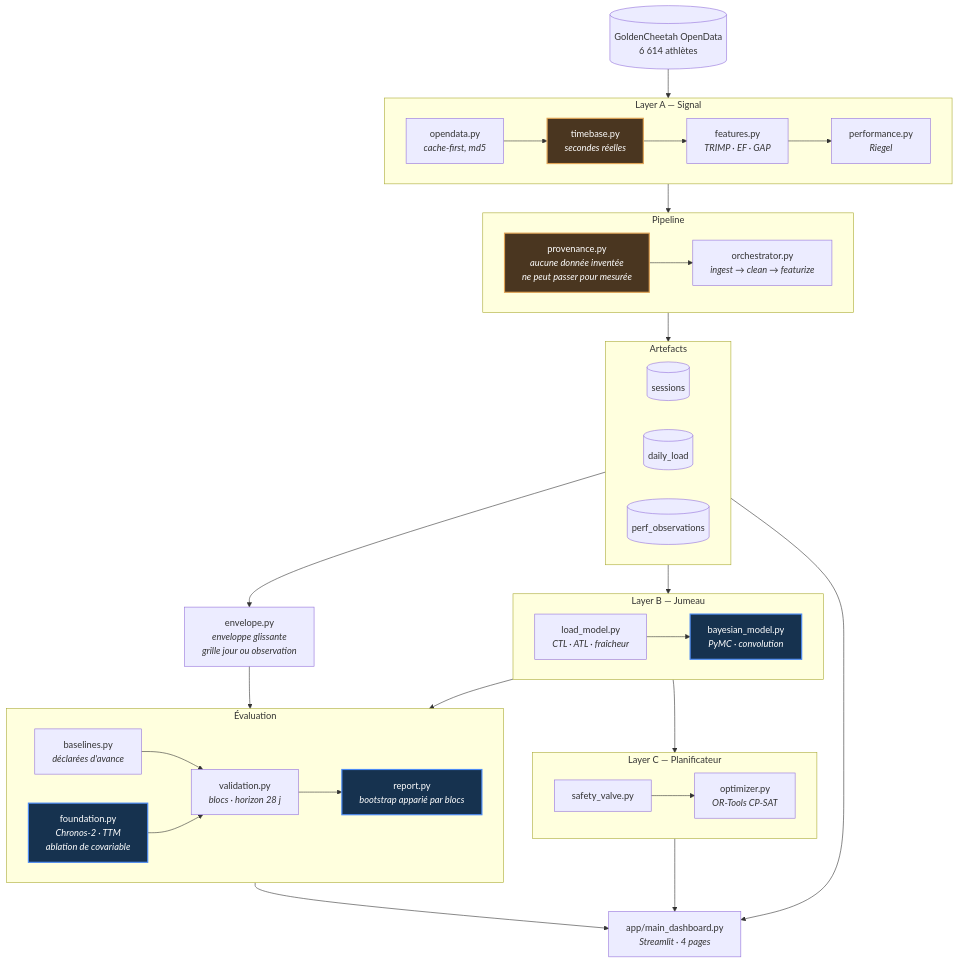
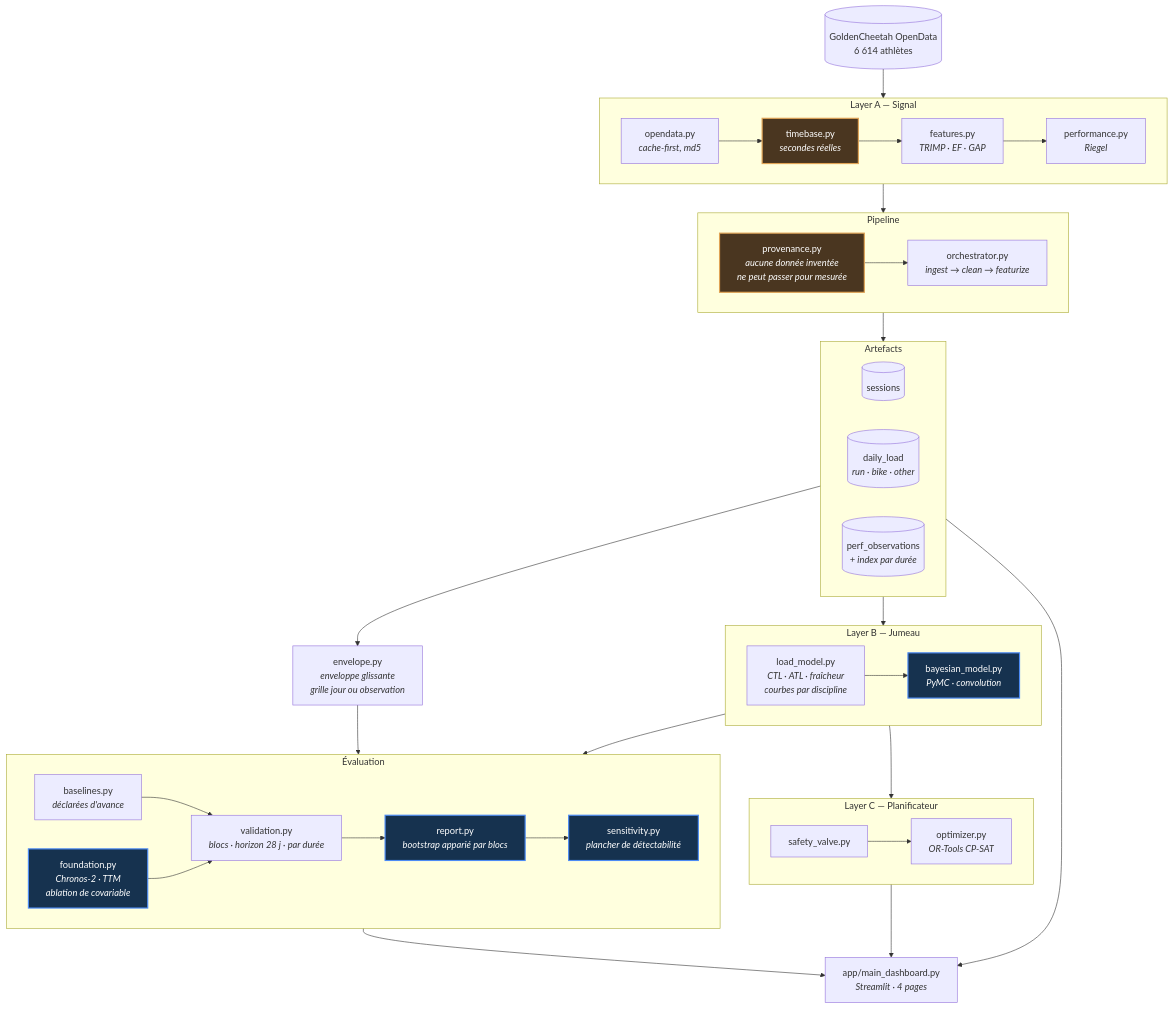
One commit to louisrodembourg/Adaptive-digital-twin-endurance changed the diagram in README.md. Above: the diagram before and after it, drawn with Mermaid. The commit also changed other lines of this file and 1 other file, not shown here.

First line of the commit message:
Publier l'appariement par discipline et les planchers

````diff
--- a/README.md
+++ b/README.md
@@ -283,69 +468,71 @@
 ```mermaid
 flowchart TB
     OSF[("GoldenCheetah OpenData<br/>6 614 athlètes")]
 
     subgraph A["Layer A — Signal"]
         direction LR
         ING["opendata.py<br/><i>cache-first, md5</i>"]
         TB["timebase.py<br/><i>secondes réelles</i>"]
         FEAT["features.py<br/><i>TRIMP · EF · GAP</i>"]
         PERF["performance.py<br/><i>Riegel</i>"]
         ING --> TB --> FEAT --> PERF
     end
 
     subgraph P["Pipeline"]
         direction LR
         PROV["provenance.py<br/><i>aucune donnée inventée<br/>ne peut passer pour mesurée</i>"]
         ORCH["orchestrator.py<br/><i>ingest → clean → featurize</i>"]
         PROV --> ORCH
     end
 
     subgraph STORE["Artefacts"]
         direction LR
         S1[("sessions")]
-        S2[("daily_load")]
-        S3[("perf_observations")]
+        S2[("daily_load<br/><i>run · bike · other</i>")]
+        S3[("perf_observations<br/><i>+ index par durée</i>")]
     end
 
     ENV["envelope.py<br/><i>enveloppe glissante<br/>grille jour ou observation</i>"]
 
     subgraph B["Layer B — Jumeau"]
         direction LR
-        LOAD["load_model.py<br/><i>CTL · ATL · fraîcheur</i>"]
+        LOAD["load_model.py<br/><i>CTL · ATL · fraîcheur<br/>courbes par discipline</i>"]
         BAYES["bayesian_model.py<br/><i>PyMC · convolution</i>"]
         LOAD --> BAYES
     end
 
     subgraph E["Évaluation"]
         direction LR
         BASE["baselines.py<br/><i>déclarées d'avance</i>"]
         FND["foundation.py<br/><i>Chronos-2 · TTM<br/>ablation de covariable</i>"]
-        VALID["validation.py<br/><i>blocs · horizon 28 j</i>"]
+        SENS["sensitivity.py<br/><i>plancher de détectabilité</i>"]
+        VALID["validation.py<br/><i>blocs · horizon 28 j · par durée</i>"]
         REPORT["report.py<br/><i>bootstrap apparié par blocs</i>"]
         BASE --> VALID --> REPORT
         FND --> VALID
+        REPORT --> SENS
     end
 
     subgraph C["Layer C — Planificateur"]
         direction LR
         SAFE["safety_valve.py"]
         OPT["optimizer.py<br/><i>OR-Tools CP-SAT</i>"]
         SAFE --> OPT
     end
 
     UI["app/main_dashboard.py<br/><i>Streamlit · 4 pages</i>"]
 
     OSF --> A --> P --> STORE
     STORE --> ENV --> E
     STORE --> B
     B --> E
     B --> C
     E --> UI
     C --> UI
     STORE --> UI
 
     classDef result fill:#16324f,stroke:#4c8bf5,stroke-width:2px,color:#fff
     classDef guard fill:#4a3620,stroke:#e0a355,stroke-width:2px,color:#fff
-    class REPORT,BAYES,FND result
+    class REPORT,BAYES,FND,SENS result
     class PROV,TB guard
 ```
````
